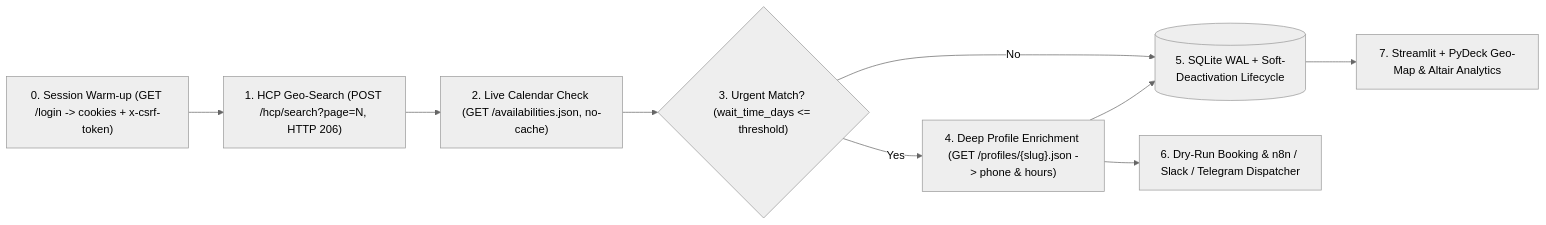
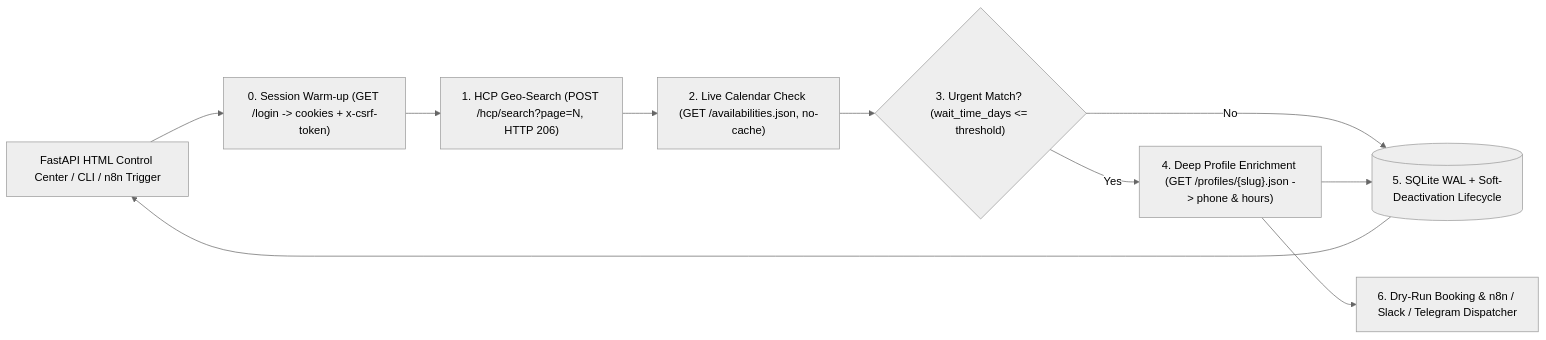
Before and after one commit to Doginnet/doctolib-monitor: the diagram in README.md, drawn with Mermaid (neutral theme). The commit also changed other lines of this file and 25 other files, not shown here.

Commit message:
feat(web): add primary FastAPI + HTML control center launcher UI

````diff
--- a/README.md
+++ b/README.md
@@ -55,11 +58,12 @@
 ```mermaid
 flowchart LR
-    Warm["0. Session Warm-up (GET /login -> cookies + x-csrf-token)"] --> Search["1. HCP Geo-Search (POST /hcp/search?page=N, HTTP 206)"]
+    UI["FastAPI HTML Control Center / CLI / n8n Trigger"] --> Warm["0. Session Warm-up (GET /login -> cookies + x-csrf-token)"]
+    Warm --> Search["1. HCP Geo-Search (POST /hcp/search?page=N, HTTP 206)"]
     Search --> Slots["2. Live Calendar Check (GET /availabilities.json, no-cache)"]
     Slots --> Sniper{"3. Urgent Match? (wait_time_days <= threshold)"}
     Sniper -- "Yes" --> Enrich["4. Deep Profile Enrichment (GET /profiles/{slug}.json -> phone & hours)"]
     Sniper -- "No" --> DB[("5. SQLite WAL + Soft-Deactivation Lifecycle")]
     Enrich --> DB
     Enrich --> Hook["6. Dry-Run Booking & n8n / Slack / Telegram Dispatcher"]
-    DB --> Dash["7. Streamlit + PyDeck Geo-Map & Altair Analytics"]
+    DB --> UI
 ```
````
